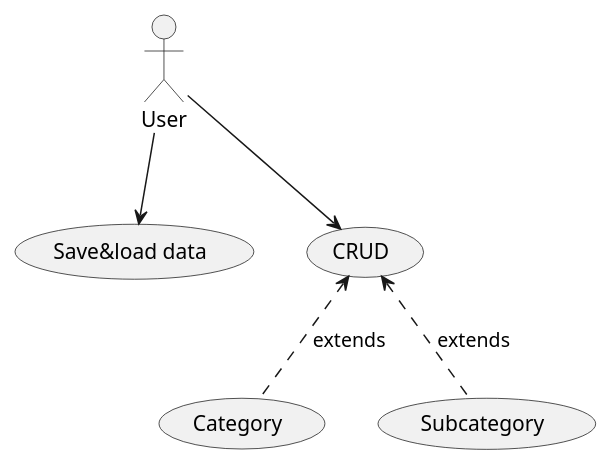
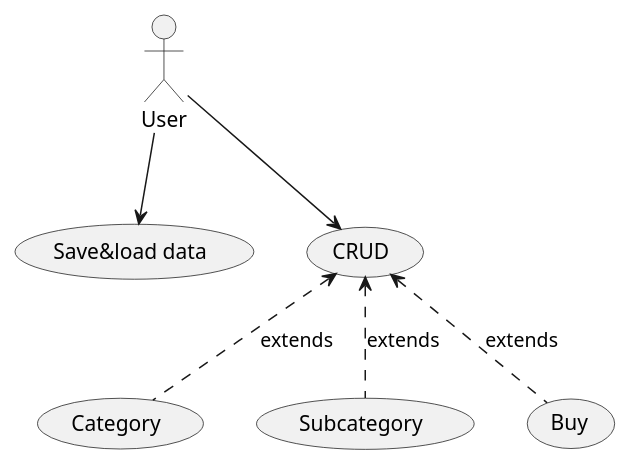
Before and after one commit to undiscoveredWorld/finance_plan: the diagram in docs/current/usecase.puml, drawn with PlantUML. The commit also changed 14 other files, not shown here.

```diff
--- a/docs/current/usecase.puml
+++ b/docs/current/usecase.puml
@@ -1,10 +1,11 @@
 @startuml usecase
 
 actor User
 
 User -down-> (Save&load data)
 User -down-> (CRUD)
 (CRUD) <-down. (Category) : extends
 (CRUD) <-down. (Subcategory) : extends
+(CRUD) <-down. (Buy) : extends
 
 @enduml
```
